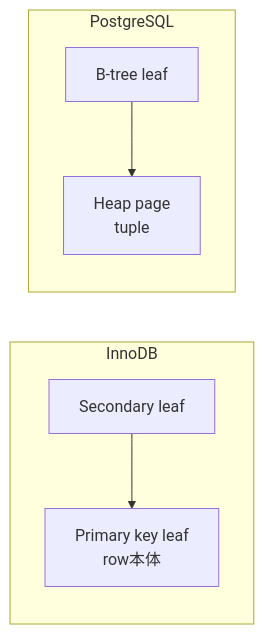
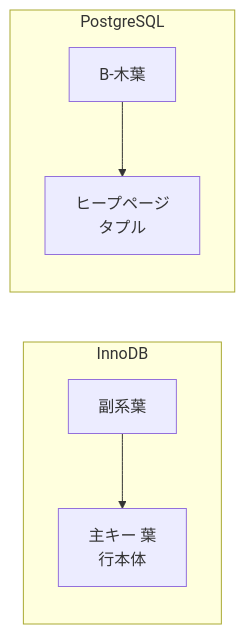
One commit to hirunebot/database-systems-book changed the third of 3 diagrams in src/content/docs/02-storage/04-btree-indexes.md. Above: the diagram before and after it, drawn with Mermaid. The commit also changed other lines of this file and 42 other files, not shown here.

````diff
--- a/src/content/docs/02-storage/04-btree-indexes.md
+++ b/src/content/docs/02-storage/04-btree-indexes.md
@@ -133,9 +133,9 @@
 ```mermaid
 flowchart LR
     subgraph InnoDB
-        S1["Secondary leaf"] --> PK["Primary key leaf<br/>row本体"]
+        S1["副系葉"] --> PK["主キー 葉<br/>行本体"]
     end
     subgraph PostgreSQL
-        S2["B-tree leaf"] --> Heap["Heap page<br/>tuple"]
+        S2["B-木葉"] --> Heap["ヒープページ<br/>タプル"]
     end
 ```
````
